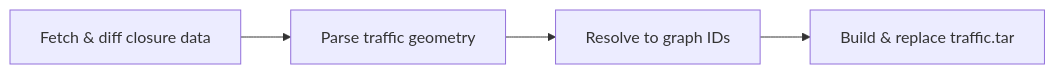
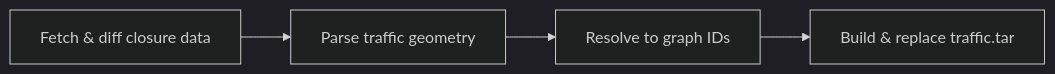
The second of 2 diagrams in README.md (VictorYanson/gsocApplication), drawn with Mermaid before and after one commit. The commit also changed other lines of this file and 2 other files, not shown here.

````diff
--- a/README.md
+++ b/README.md
@@ -178,7 +179,8 @@
 ```mermaid
+%%{init: {'theme': 'dark'}}%%
 flowchart LR
-    B[Fetch & diff closure data]
-    B --> C[Parse traffic geometry]
-    C --> D[Resolve to graph IDs]
-    D --> E[Build & replace traffic.tar]
+  B[Fetch & diff closure data]
+  B --> C[Parse traffic geometry]
+  C --> D[Resolve to graph IDs]
+  D --> E[Build & replace traffic.tar]
 ```
````
